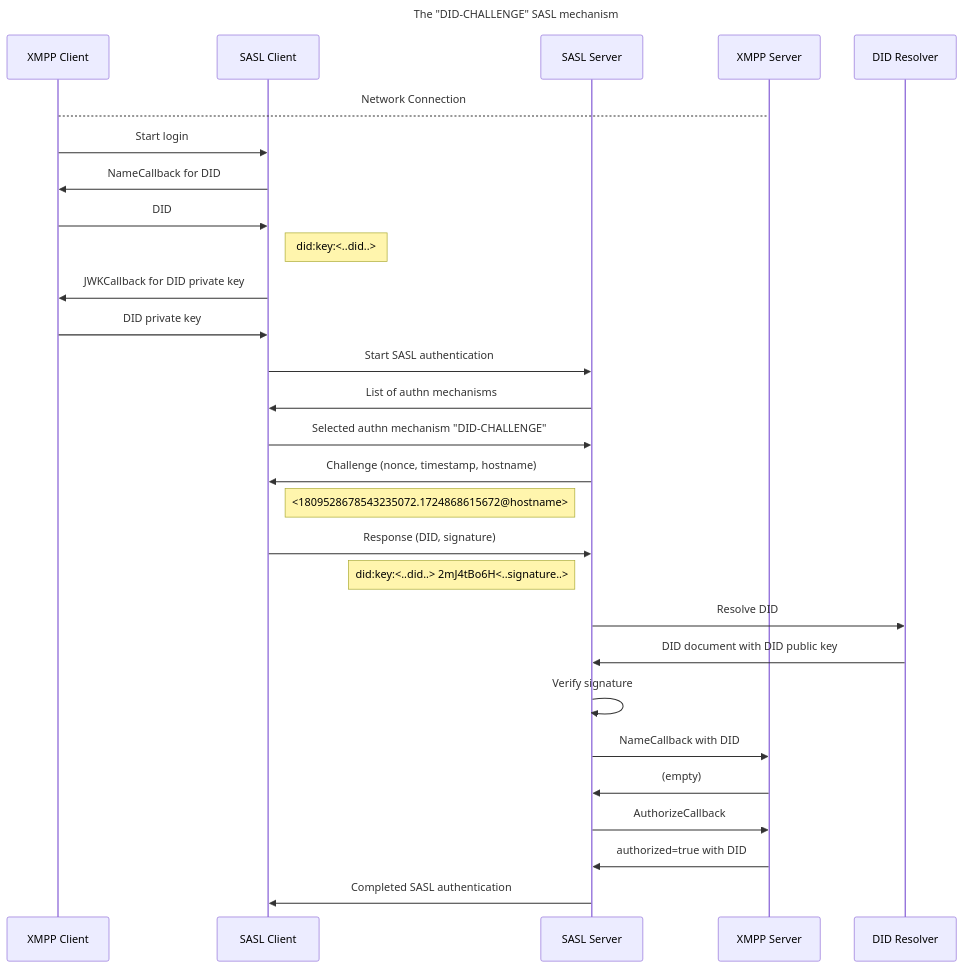
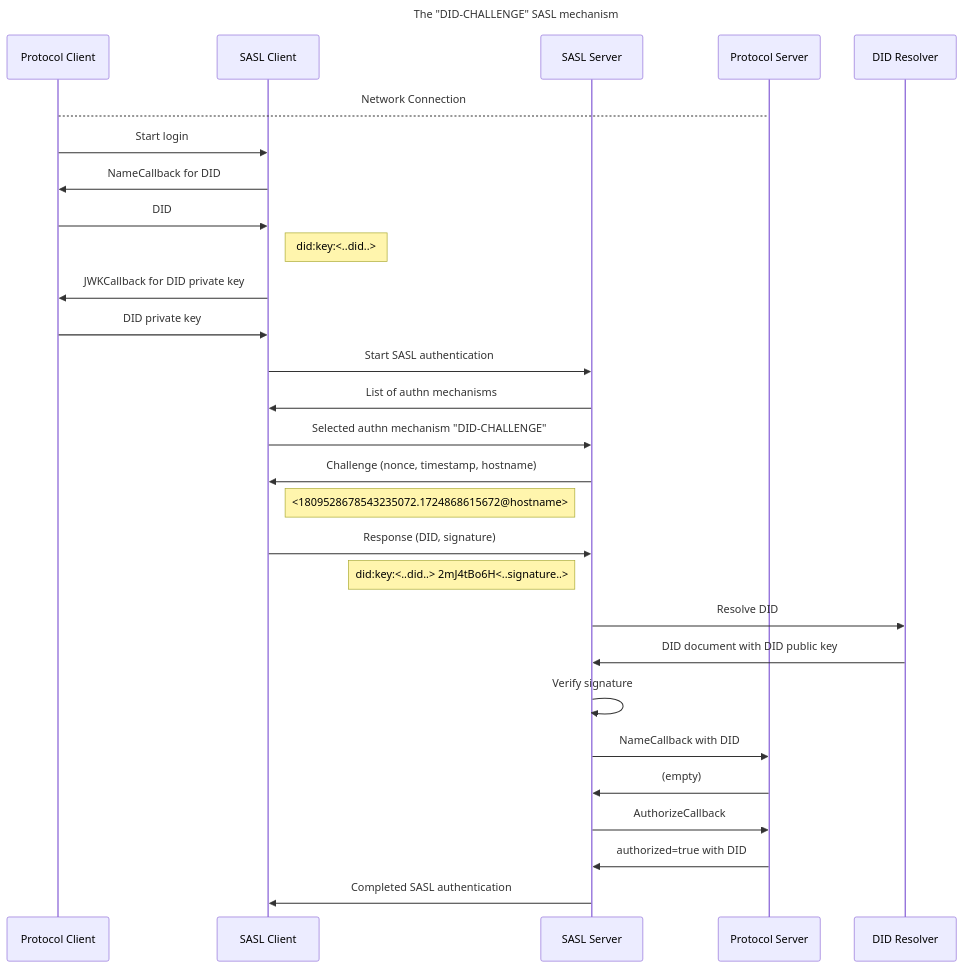
One commit to peacekeeper/java-sasl-did-mechanism changed the diagram in README.md. Above: the diagram before and after it, drawn with Mermaid. The commit also changed other lines of this file, not shown here.

Commit message:
Update sequence diagram in README

````diff
--- a/README.md
+++ b/README.md
@@ -57,31 +57,31 @@
 ```mermaid
 sequenceDiagram
     title The "DID-CHALLENGE" SASL mechanism
-    participant ProtocolClient as XMPP Client
+    participant ProtocolClient as Protocol Client
     participant SASLClient as SASL Client
     participant SASLServer as SASL Server
-    participant ProtocolServer as XMPP Server
+    participant ProtocolServer as Protocol Server
     participant DIDResolver as DID Resolver
     ProtocolClient-->ProtocolServer: Network Connection
     ProtocolClient->>SASLClient: Start login
     SASLClient->>ProtocolClient: NameCallback for DID
     ProtocolClient->>SASLClient: DID
     note right of SASLClient: did:key:<..did..>
     SASLClient->>ProtocolClient: JWKCallback for DID private key
     ProtocolClient->>SASLClient: DID private key
     SASLClient->>SASLServer: Start SASL authentication
     SASLServer->>SASLClient: List of authn mechanisms
     SASLClient->>SASLServer: Selected authn mechanism "DID-CHALLENGE"
     SASLServer->>SASLClient: Challenge (nonce, timestamp, hostname)
     note right of SASLClient: <1809528678543235072.1724868615672@hostname>
     SASLClient->>SASLServer: Response (DID, signature)
     note left of SASLServer: did:key:<..did..> 2mJ4tBo6H<..signature..>
     SASLServer->>DIDResolver: Resolve DID
     DIDResolver->>SASLServer: DID document with DID public key
     SASLServer->>SASLServer: Verify signature
     SASLServer->>ProtocolServer: NameCallback with DID
     ProtocolServer->>SASLServer: (empty)
     SASLServer->>ProtocolServer: AuthorizeCallback
     ProtocolServer->>SASLServer: authorized=true with DID
     SASLServer->>SASLClient: Completed SASL authentication
 ```
````
